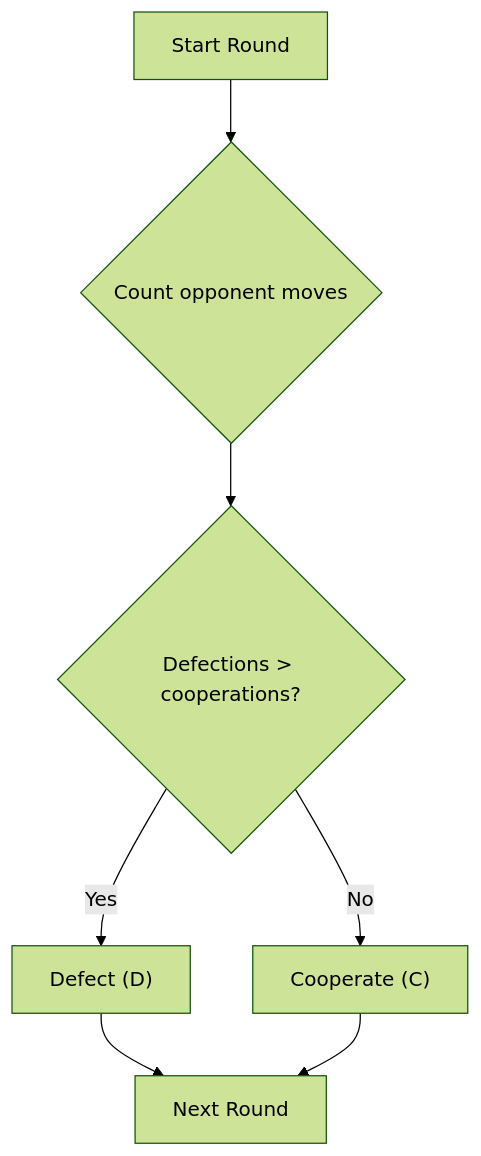
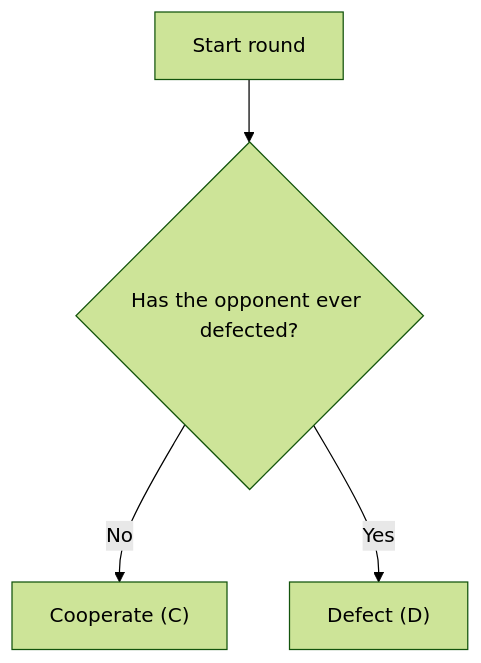
The diagram in agents/estrategia_alejandro/README.md (alvarotorijano/gameTheory), drawn with Mermaid (forest theme) before and after one commit. The commit also changed other lines of this file and 1 other file, not shown here.

````diff
--- a/agents/estrategia_alejandro/README.md
+++ b/agents/estrategia_alejandro/README.md
@@ -17,9 +17,6 @@
 ```mermaid
 graph TD
-	 A["Start Round"] --> B{"Count opponent moves"}
-	 B --> C{"Defections > cooperations?"}
-	 C -->|Yes| D["Defect (D)"]
-	 C -->|No| E["Cooperate (C)"]
-	 D --> F["Next Round"]
-	 E --> F
+    A["Start round"] --> B{"Has the opponent ever defected?"}
+    B -->|No| C["Cooperate (C)"]
+    B -->|Yes| D["Defect (D)"]
 ```
````
